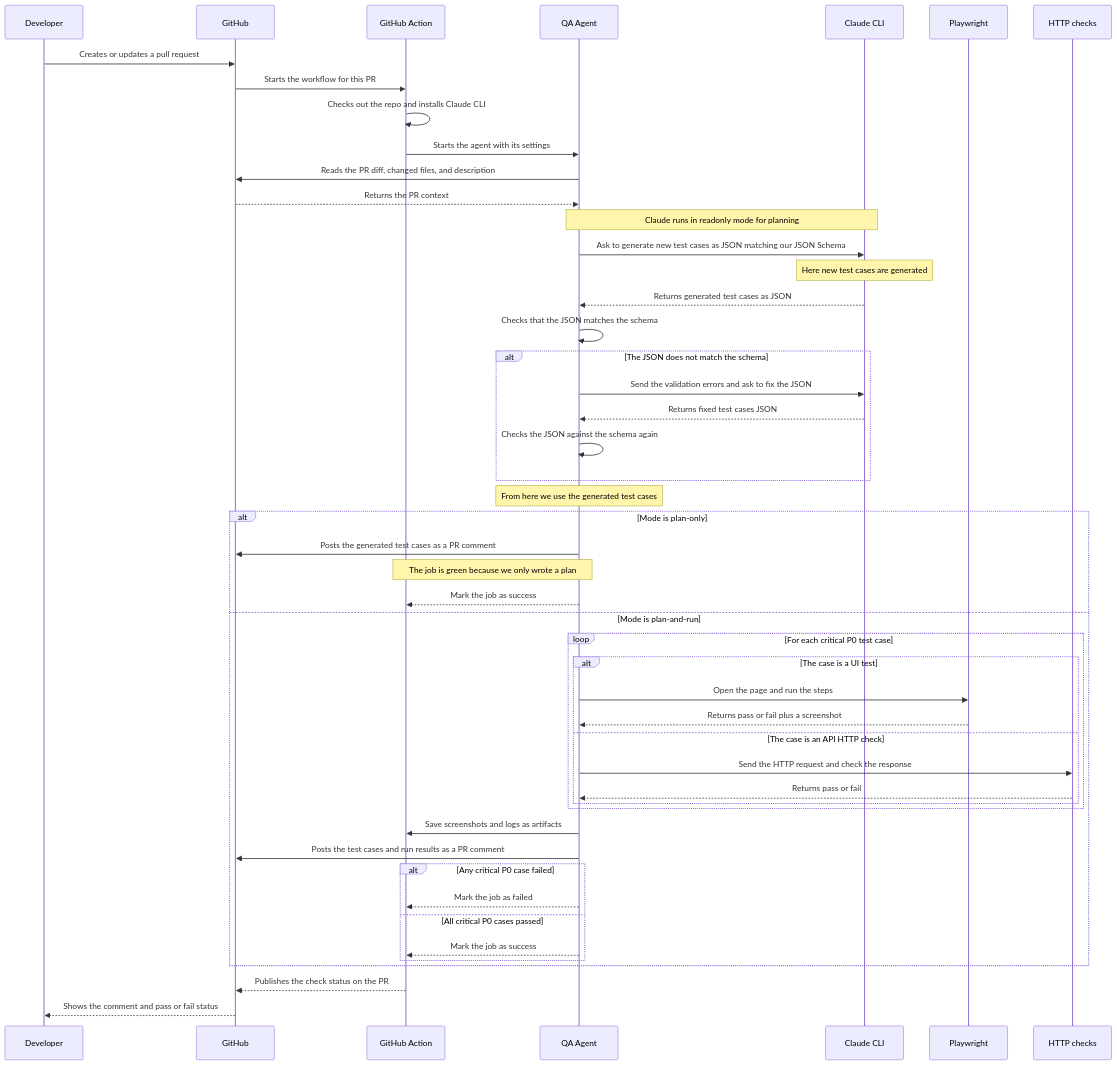
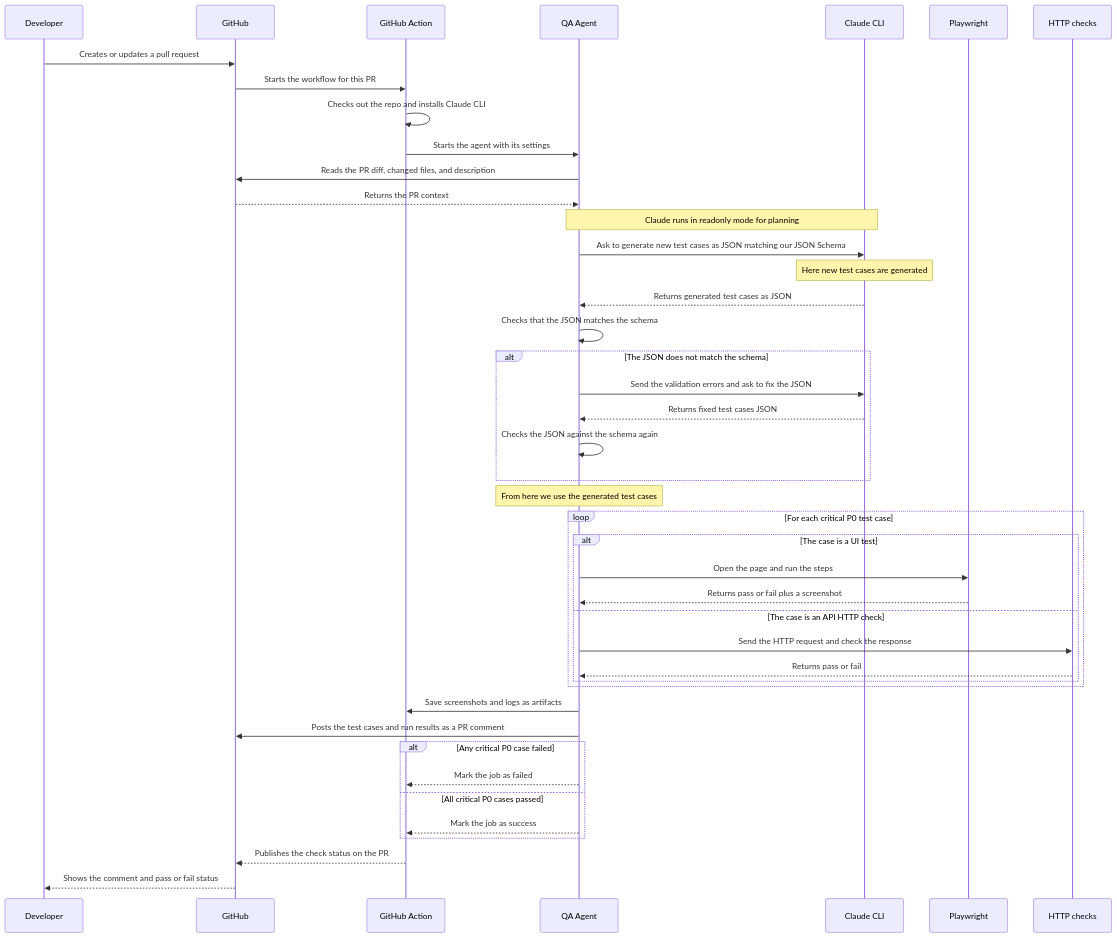
Before and after one commit to DmitryLukyanov/SDLCAgents: the diagram in .cursor/rules/qa-agent-flow.mdc, drawn with Mermaid. The commit also changed other lines of this file and 9 other files, not shown here.

````diff
--- a/.cursor/rules/qa-agent-flow.mdc
+++ b/.cursor/rules/qa-agent-flow.mdc
@@ -12,59 +14,53 @@
 ```mermaid
 sequenceDiagram
   participant Dev as Developer
   participant GH as GitHub
   participant GHA as GitHub Action
   participant Agent as QA Agent
   participant Claude as Claude CLI
   participant PW as Playwright
   participant HTTP as HTTP checks
 
   Dev->>GH: Creates or updates a pull request
   GH->>GHA: Starts the workflow for this PR
   GHA->>GHA: Checks out the repo and installs Claude CLI
   GHA->>Agent: Starts the agent with its settings
 
   Agent->>GH: Reads the PR diff, changed files, and description
   GH-->>Agent: Returns the PR context
 
   Note over Agent,Claude: Claude runs in readonly mode for planning
   Agent->>Claude: Ask to generate new test cases as JSON matching our JSON Schema
   Note over Claude: Here new test cases are generated
   Claude-->>Agent: Returns generated test cases as JSON
 
   Agent->>Agent: Checks that the JSON matches the schema
 
   alt The JSON does not match the schema
     Agent->>Claude: Send the validation errors and ask to fix the JSON
     Claude-->>Agent: Returns fixed test cases JSON
     Agent->>Agent: Checks the JSON against the schema again
   end
 
   Note over Agent: From here we use the generated test cases
 
-  alt Mode is plan-only
-    Agent->>GH: Posts the generated test cases as a PR comment
-    Note over Agent,GHA: The job is green because we only wrote a plan
+  loop For each critical P0 test case
+    alt The case is a UI test
+      Agent->>PW: Open the page and run the steps
+      PW-->>Agent: Returns pass or fail plus a screenshot
+    else The case is an API HTTP check
+      Agent->>HTTP: Send the HTTP request and check the response
+      HTTP-->>Agent: Returns pass or fail
+    end
+  end
+  Agent->>GHA: Save screenshots and logs as artifacts
+  Agent->>GH: Posts the test cases and run results as a PR comment
+  alt Any critical P0 case failed
+    Agent-->>GHA: Mark the job as failed
+  else All critical P0 cases passed
     Agent-->>GHA: Mark the job as success
-  else Mode is plan-and-run
-    loop For each critical P0 test case
-      alt The case is a UI test
-        Agent->>PW: Open the page and run the steps
-        PW-->>Agent: Returns pass or fail plus a screenshot
-      else The case is an API HTTP check
-        Agent->>HTTP: Send the HTTP request and check the response
-        HTTP-->>Agent: Returns pass or fail
-      end
-    end
-    Agent->>GHA: Save screenshots and logs as artifacts
-    Agent->>GH: Posts the test cases and run results as a PR comment
-    alt Any critical P0 case failed
-      Agent-->>GHA: Mark the job as failed
-    else All critical P0 cases passed
-      Agent-->>GHA: Mark the job as success
-    end
   end
 
   GHA-->>GH: Publishes the check status on the PR
   GH-->>Dev: Shows the comment and pass or fail status
 ```
````
